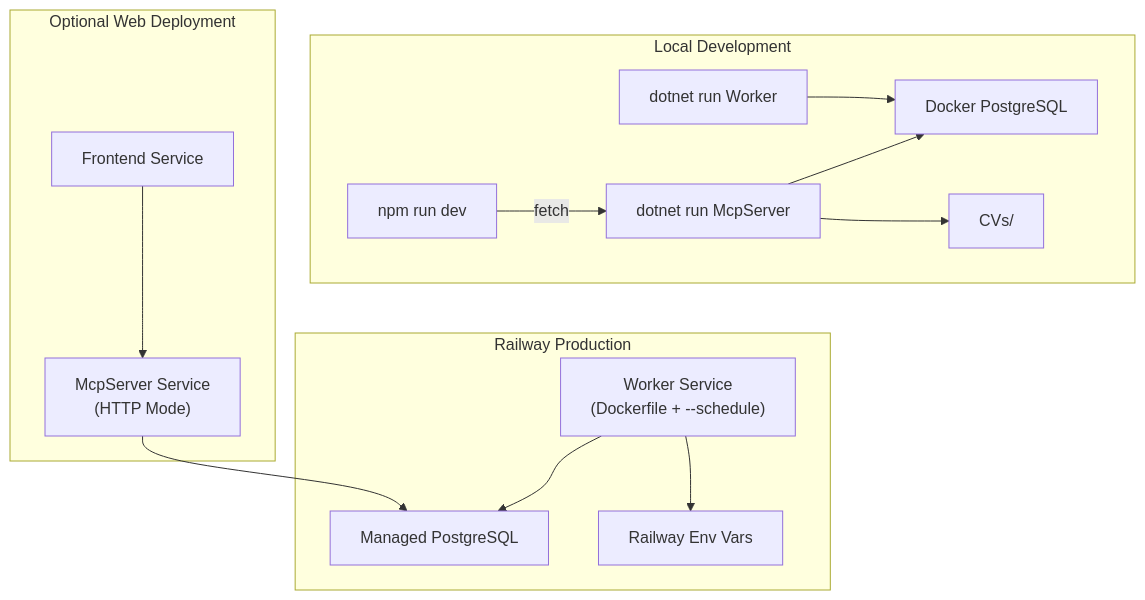
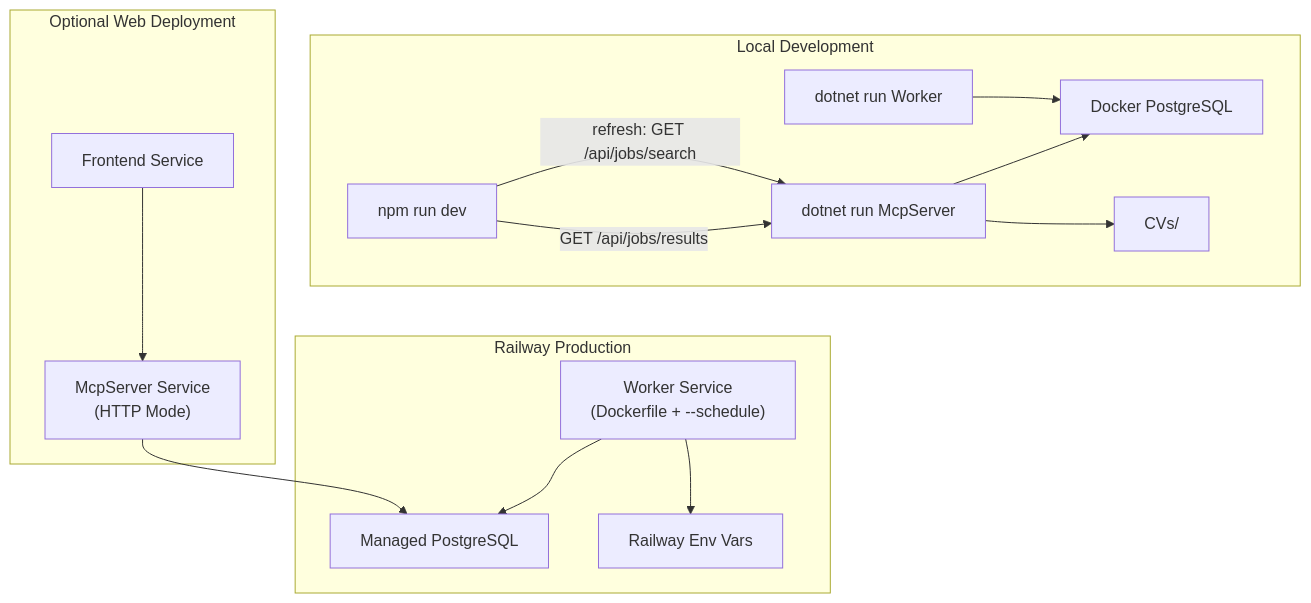
One commit to ekanatha-urivakili/AiJobSearchAgent changed the second of 6 diagrams in docs/job-search-agent-architecture.md. Above: the diagram before and after it, drawn with Mermaid. The commit also changed other lines of this file and 5 other files, not shown here.

````diff
--- a/docs/job-search-agent-architecture.md
+++ b/docs/job-search-agent-architecture.md
@@ -71,29 +77,30 @@
 ```mermaid
 flowchart TB
     subgraph Local["Local Development"]
         DevMcp["dotnet run McpServer"]
         DevWorker["dotnet run Worker"]
         DevUI["npm run dev"]
         LocalPg["Docker PostgreSQL"]
         LocalCvs["CVs/"]
         DevMcp --> LocalPg
         DevWorker --> LocalPg
         DevMcp --> LocalCvs
-        DevUI -- fetch --> DevMcp
+        DevUI -- "GET /api/jobs/results" --> DevMcp
+        DevUI -- "refresh: GET /api/jobs/search" --> DevMcp
     end
 
     subgraph Railway["Railway Production"]
         RailwayWorker["Worker Service\n(Dockerfile + --schedule)"]
         RailwayPg["Managed PostgreSQL"]
         RailwayVars["Railway Env Vars"]
         RailwayWorker --> RailwayPg
         RailwayWorker --> RailwayVars
     end
 
     subgraph OptionalWeb["Optional Web Deployment"]
         RailwayMcp["McpServer Service\n(HTTP Mode)"]
         Frontend["Frontend Service"]
         Frontend --> RailwayMcp
         RailwayMcp --> RailwayPg
     end
 ```
````
